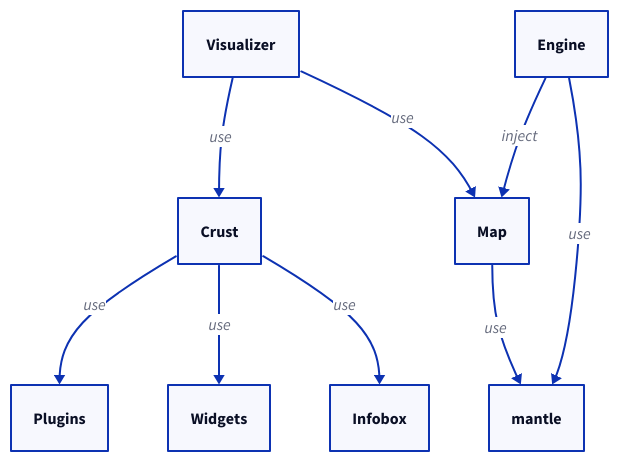
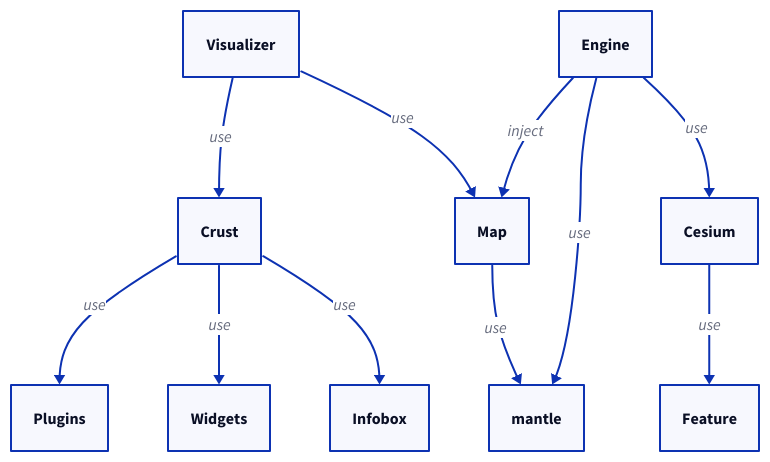
The diagram in web/src/core/docs/architecture.d2 (reearth/reearth-visualizer), drawn with D2 before and after one commit. The commit also changed 5 other files, not shown here.

```diff
--- a/web/src/core/docs/architecture.d2
+++ b/web/src/core/docs/architecture.d2
@@ -1,17 +1,21 @@
 viz: Visualizer
 map: Map
 plugin: Plugins
 mantle: mantle
 engine: Engine
 crust: Crust
 infobox: Infobox
 was: Widgets
+cesium: Cesium
+feature: Feature
 
 viz -> crust: use
 crust -> plugin: use
 crust -> was: use
 crust -> infobox: use
 viz -> map: use
 engine -> map: inject
 engine -> mantle: use
+engine -> cesium: use
+cesium -> feature: use
 map -> mantle: use
```
